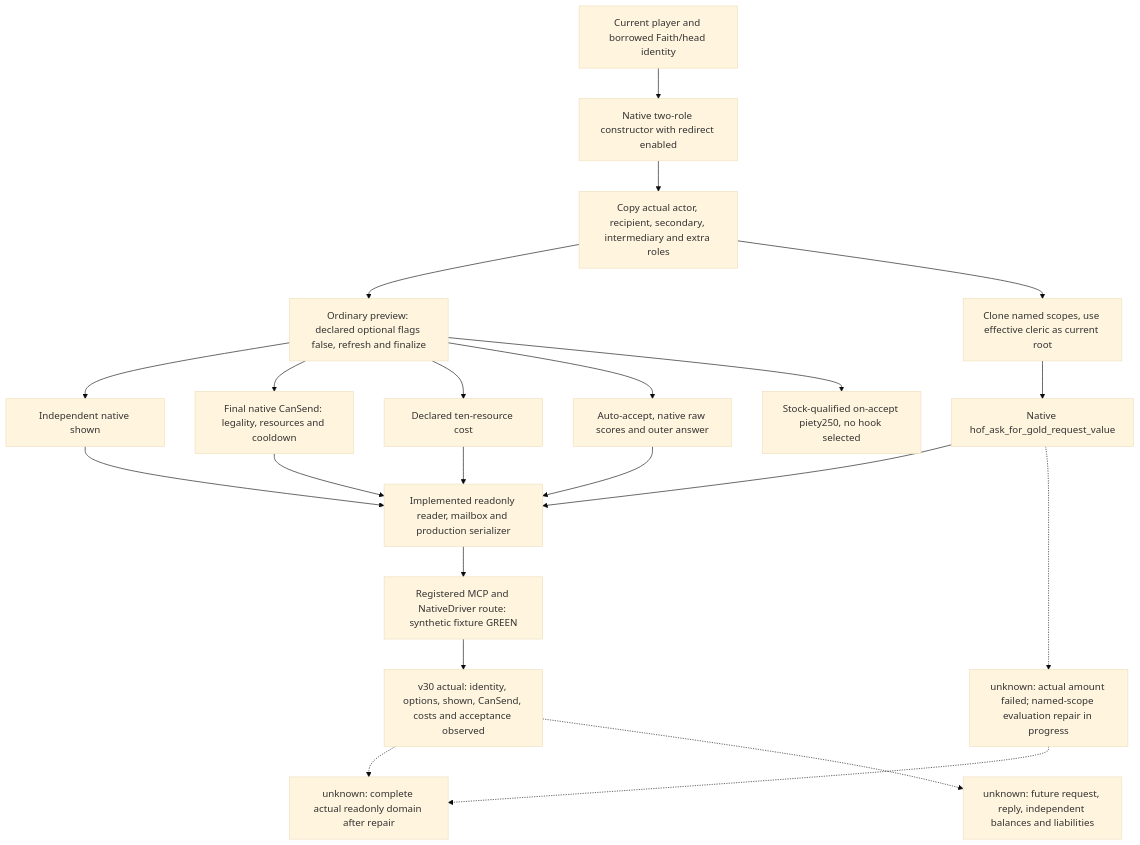
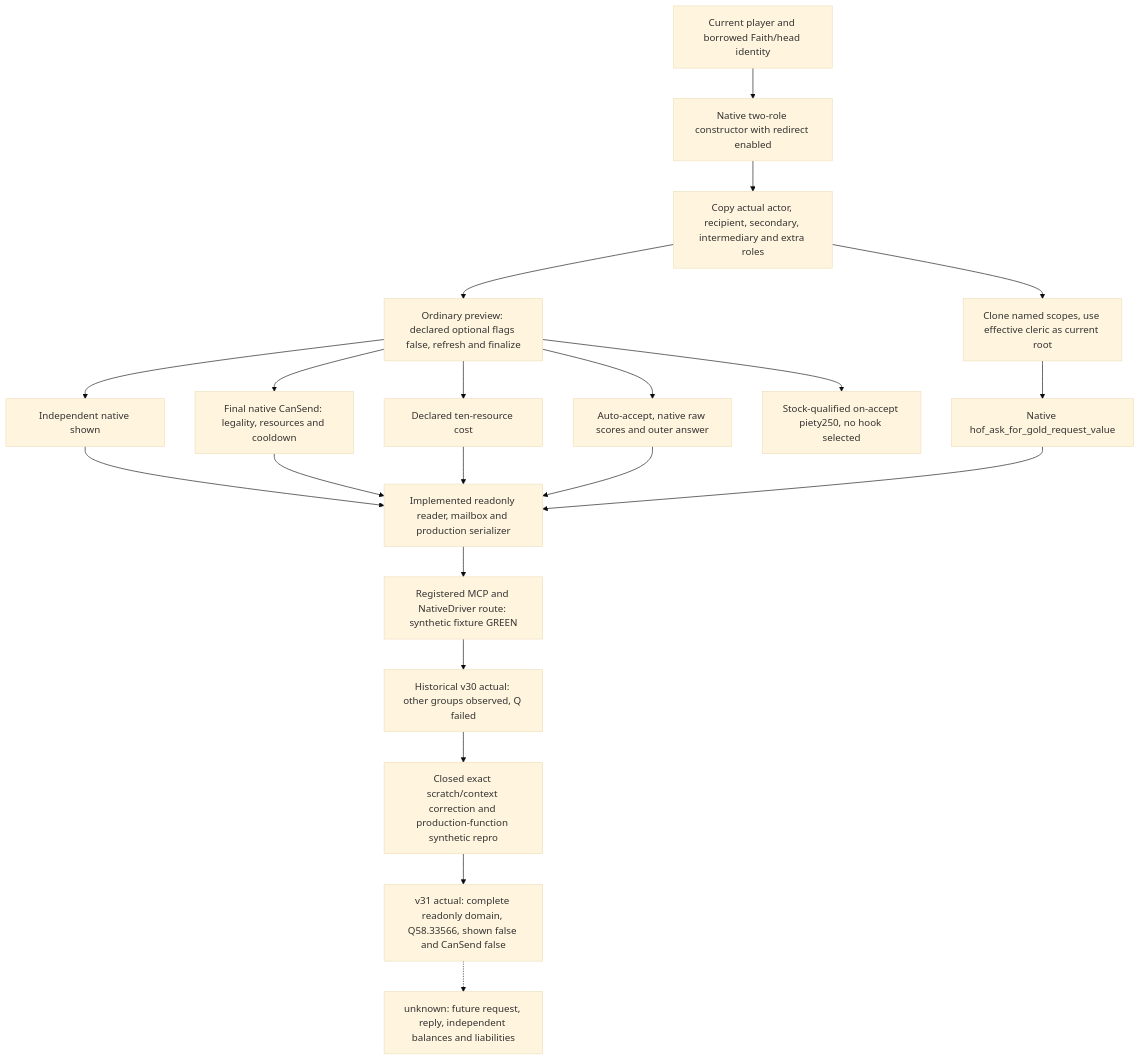
The diagram in docs/ck3-native-ai/religion-catholic-head-of-faith-gold-native-ai-12003.md (XenoAmess/ck3_eternal_recurrence), drawn with Mermaid (base theme) before and after one commit. The commit also changed other lines of this file and 15 other files, not shown here.

````diff
--- a/docs/ck3-native-ai/religion-catholic-head-of-faith-gold-native-ai-12003.md
+++ b/docs/ck3-native-ai/religion-catholic-head-of-faith-gold-native-ai-12003.md
@@ -46,24 +46,23 @@
 ```mermaid
 flowchart TD
     I[Current player and borrowed Faith/head identity] --> R[Native two-role constructor with redirect enabled]
     R --> ER[Copy actual actor, recipient, secondary, intermediary and extra roles]
     ER --> OP[Ordinary preview: declared optional flags false, refresh and finalize]
     OP --> SH[Independent native shown]
     OP --> CS[Final native CanSend: legality, resources and cooldown]
     OP --> CO[Declared ten-resource cost]
     OP --> AC[Auto-accept, native raw scores and outer answer]
     ER --> QS[Clone named scopes, use effective cleric as current root]
     QS --> Q[Native hof_ask_for_gold_request_value]
     OP --> F[Stock-qualified on-accept piety250, no hook selected]
     SH --> LEAF[Implemented readonly reader, mailbox and production serializer]
     CS --> LEAF
     CO --> LEAF
     AC --> LEAF
     Q --> LEAF
     LEAF --> ROUTE[Registered MCP and NativeDriver route: synthetic fixture GREEN]
-    ROUTE --> ACT[v30 actual: identity, options, shown, CanSend, costs and acceptance observed]
-    Q -.-> FAIL[unknown: actual amount failed; named-scope evaluation repair in progress]
-    FAIL -.-> FULL[unknown: complete actual readonly domain after repair]
-    ACT -.-> FULL
+    ROUTE --> V30[Historical v30 actual: other groups observed, Q failed]
+    V30 --> FIX[Closed exact scratch/context correction and production-function synthetic repro]
+    FIX --> ACT[v31 actual: complete readonly domain, Q58.33566, shown false and CanSend false]
     ACT -.-> OODA[unknown: future request, reply, independent balances and liabilities]
 ```
````
